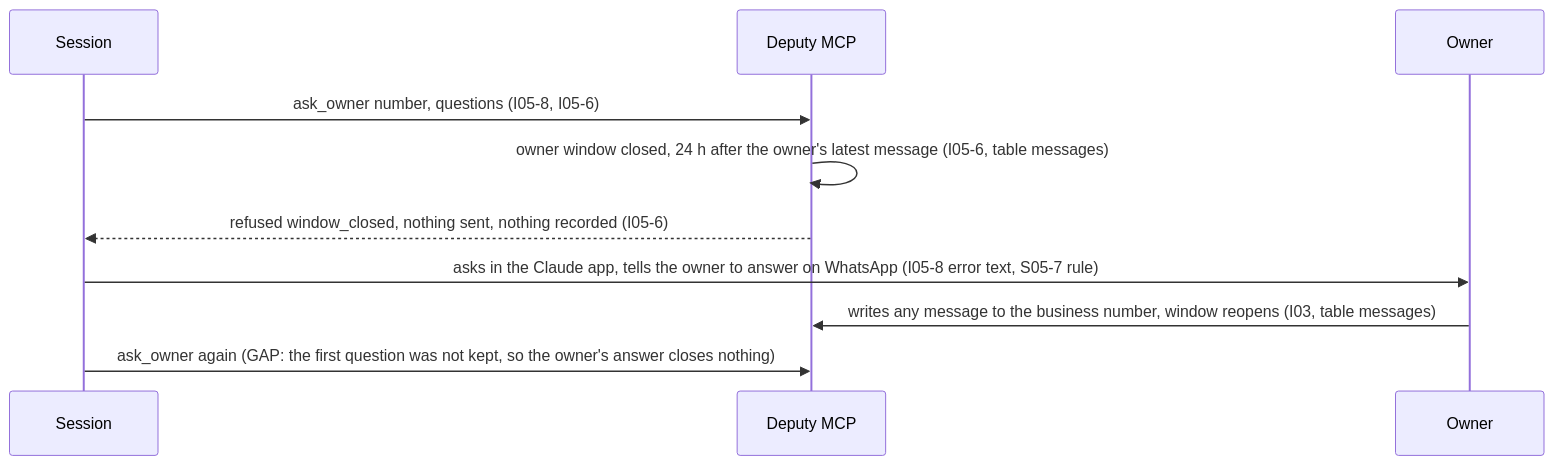
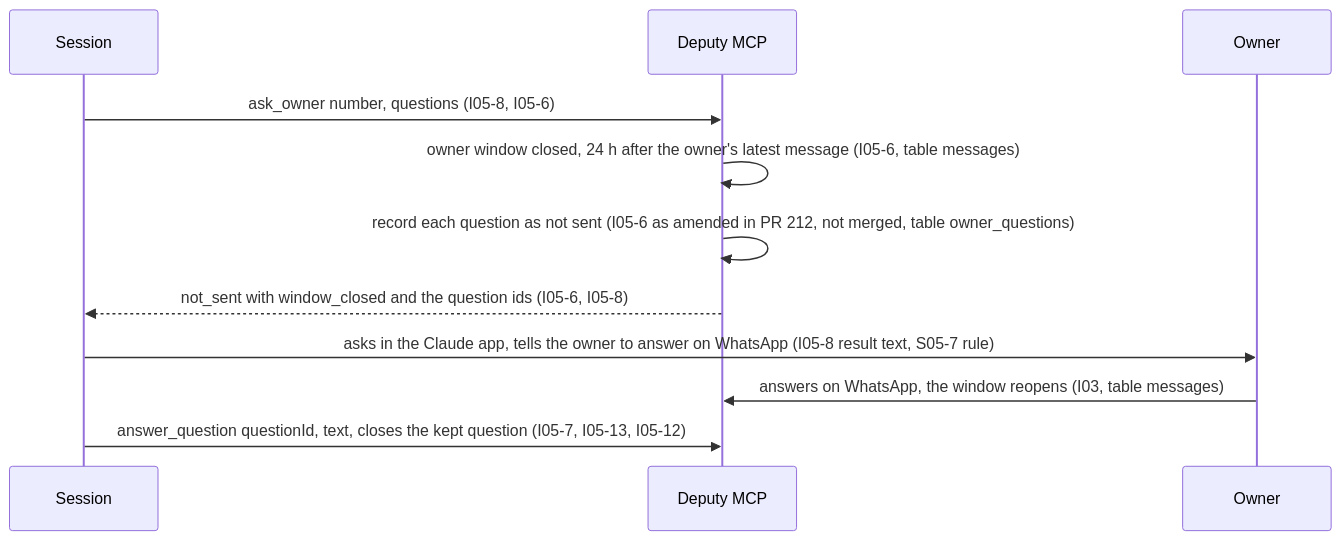
One commit to antonygiomarxdev/deputy changed the sixth of 15 diagrams in docs/tp-detail/TP-pilot-end-to-end.md. Above: the diagram before and after it, drawn with Mermaid. The commit also changed other lines of this file, not shown here.

Commit message:
docs: diagram (d) shows the kept not-sent question; counts GAP names the Drafts side

````diff
--- a/docs/tp-detail/TP-pilot-end-to-end.md
+++ b/docs/tp-detail/TP-pilot-end-to-end.md
@@ -172,12 +172,13 @@
 ```mermaid
 sequenceDiagram
   participant S as Session
   participant M as Deputy MCP
   participant O as Owner
   S->>M: ask_owner number, questions (I05-8, I05-6)
   M->>M: owner window closed, 24 h after the owner's latest message (I05-6, table messages)
-  M-->>S: refused window_closed, nothing sent, nothing recorded (I05-6)
-  S->>O: asks in the Claude app, tells the owner to answer on WhatsApp (I05-8 error text, S05-7 rule)
-  O->>M: writes any message to the business number, window reopens (I03, table messages)
-  S->>M: ask_owner again (GAP: the first question was not kept, so the owner's answer closes nothing)
+  M->>M: record each question as not sent (I05-6 as amended in PR 212, not merged, table owner_questions)
+  M-->>S: not_sent with window_closed and the question ids (I05-6, I05-8)
+  S->>O: asks in the Claude app, tells the owner to answer on WhatsApp (I05-8 result text, S05-7 rule)
+  O->>M: answers on WhatsApp, the window reopens (I03, table messages)
+  S->>M: answer_question questionId, text, closes the kept question (I05-7, I05-13, I05-12)
 ```
````
